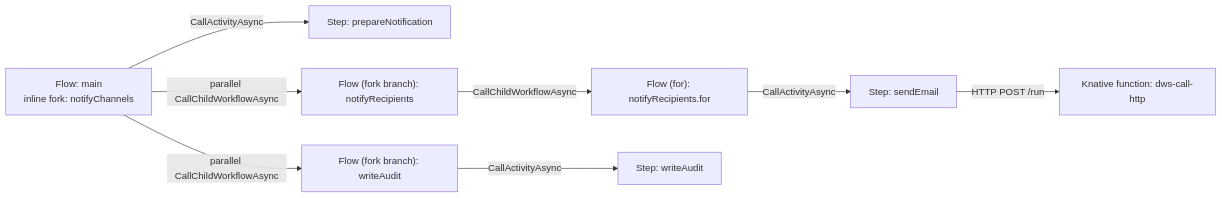
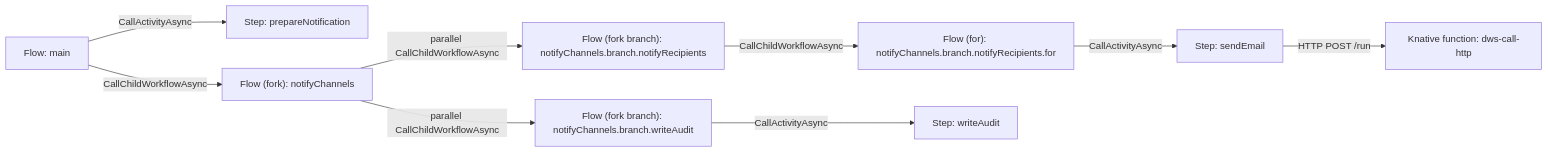
One commit to tonylibs/dapr-workflow-spec changed the second of 6 diagrams in docs/roadmaps/workflow-runtime-architecture.md. Above: the diagram before and after it, drawn with Mermaid. The commit also changed other lines of this file and 1 other file, not shown here.

First line of the commit message:
docs(openspec): admit fork scope and forkMode per ADR 0003

````diff
--- a/docs/roadmaps/workflow-runtime-architecture.md
+++ b/docs/roadmaps/workflow-runtime-architecture.md
@@ -199,10 +199,11 @@
 ```mermaid
 flowchart LR
-  Main["Flow: main<br/>inline fork: notifyChannels"] -->|CallActivityAsync| Prepare["Step: prepareNotification"]
-  Main -->|parallel CallChildWorkflowAsync| BranchNotify["Flow (fork branch): notifyRecipients"]
-  Main -->|parallel CallChildWorkflowAsync| BranchAudit["Flow (fork branch): writeAudit"]
-  BranchNotify -->|CallChildWorkflowAsync| For["Flow (for): notifyRecipients.for"]
+  Main["Flow: main"] -->|CallActivityAsync| Prepare["Step: prepareNotification"]
+  Main -->|CallChildWorkflowAsync| Fork["Flow (fork): notifyChannels"]
+  Fork -->|parallel CallChildWorkflowAsync| BranchNotify["Flow (fork branch): notifyChannels.branch.notifyRecipients"]
+  Fork -->|parallel CallChildWorkflowAsync| BranchAudit["Flow (fork branch): notifyChannels.branch.writeAudit"]
+  BranchNotify -->|CallChildWorkflowAsync| For["Flow (for): notifyChannels.branch.notifyRecipients.for"]
   For -->|CallActivityAsync| Email["Step: sendEmail"]
   Email -->|HTTP POST /run| Http["Knative function: dws-call-http"]
   BranchAudit -->|CallActivityAsync| Audit["Step: writeAudit"]
 ```
````
